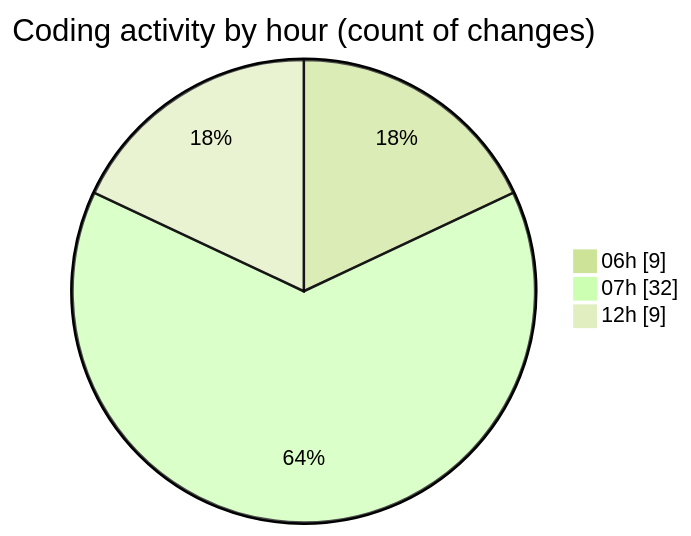
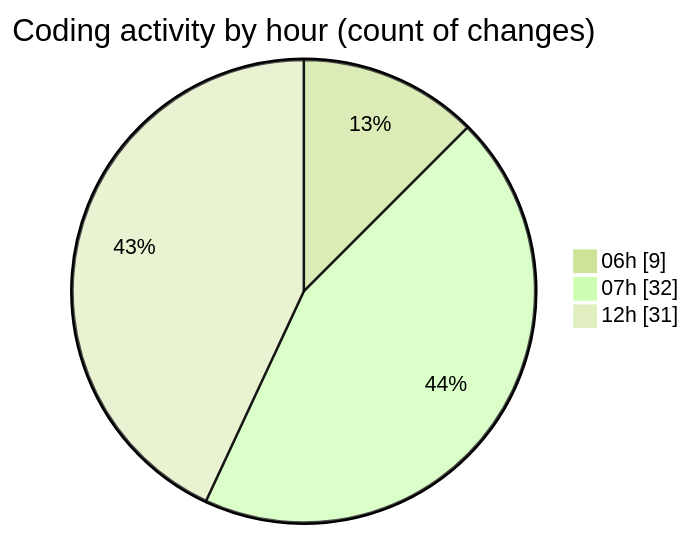
The second of 2 diagrams in 2025-02-18/mbc-web/README.md (robertbonfada/code-tracking), drawn with Mermaid (forest theme) before and after one commit. The commit also changed other lines of this file and 1 other file, not shown here.

````diff
--- a/2025-02-18/mbc-web/README.md
+++ b/2025-02-18/mbc-web/README.md
@@ -48,7 +60,7 @@
 ```mermaid
 pie showData
 title Coding activity by hour (count of changes)
 "06h" : 9
 "07h" : 32
-"12h" : 9
+"12h" : 31
 ```
````
